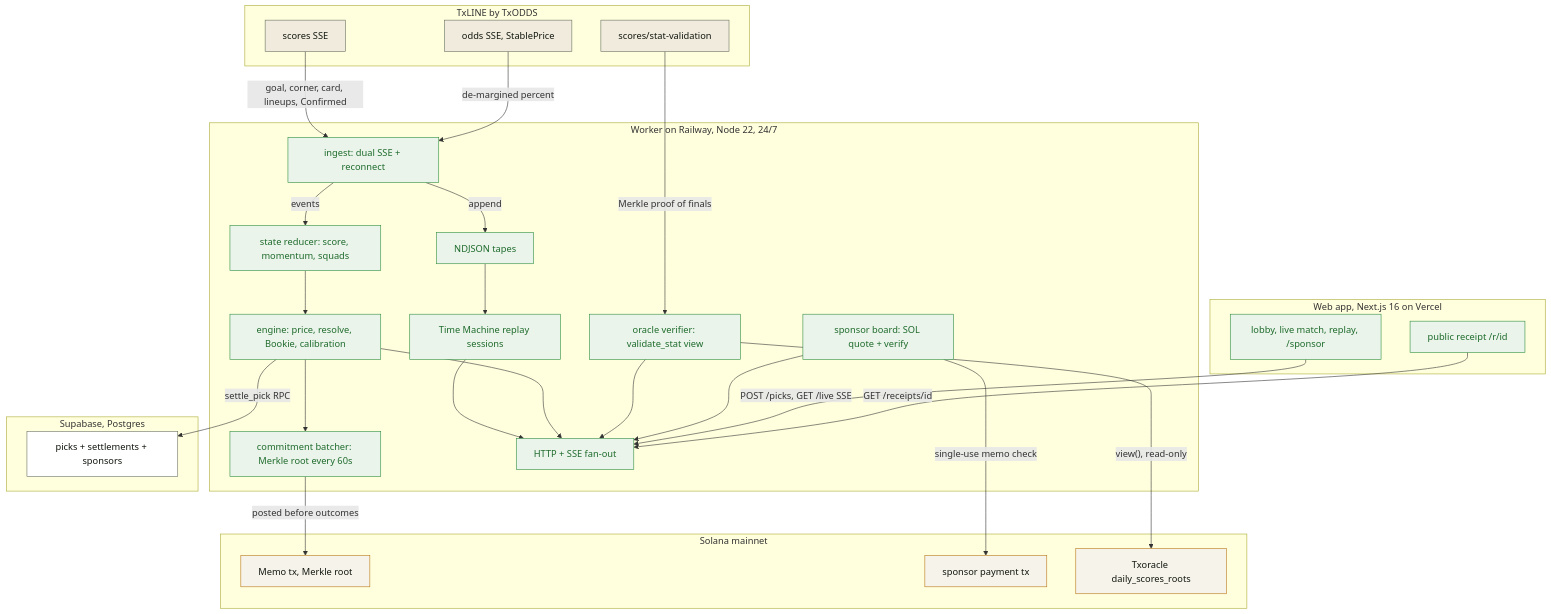
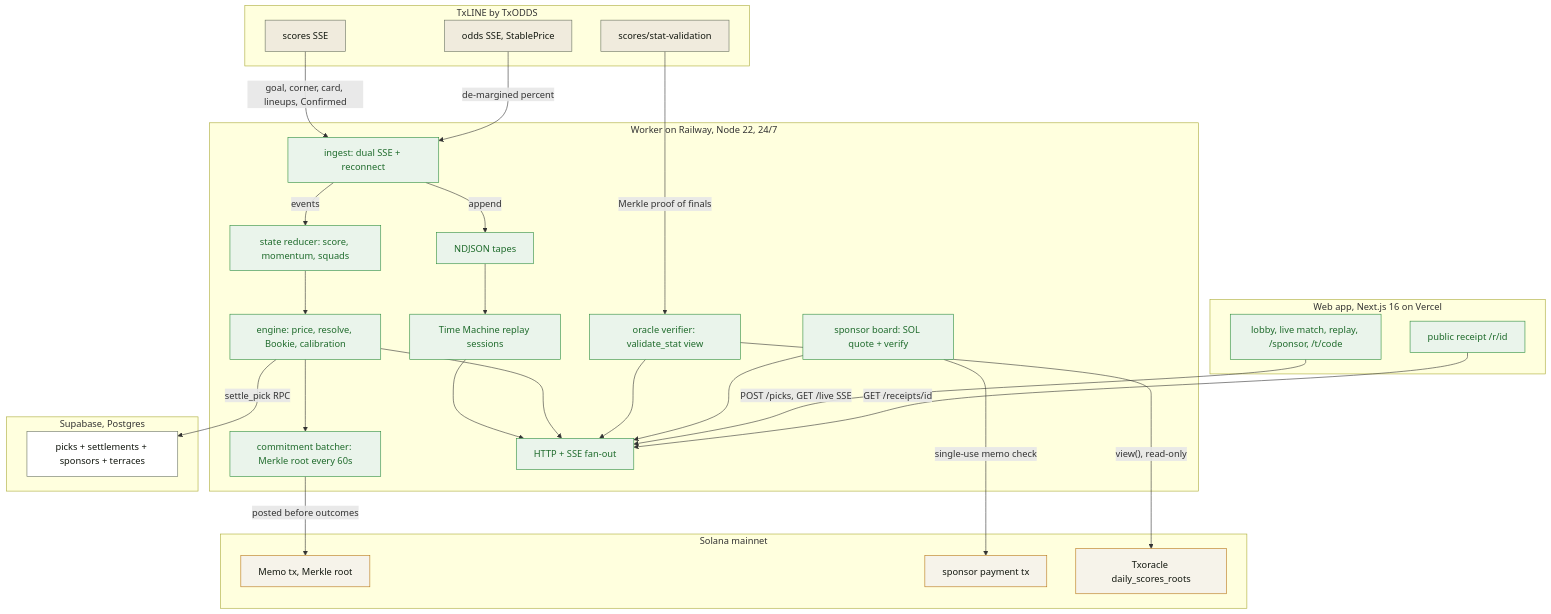
The diagram in README.md (Andy00L/called-it), drawn with Mermaid before and after one commit. The commit also changed other lines of this file and 5 other files, not shown here.

````diff
--- a/README.md
+++ b/README.md
@@ -90,57 +107,57 @@
 ```mermaid
 flowchart TD
     subgraph txline["TxLINE by TxODDS"]
         scores["scores SSE"]
         odds["odds SSE, StablePrice"]
         statval["scores/stat-validation"]
     end
     subgraph worker["Worker on Railway, Node 22, 24/7"]
         ingest["ingest: dual SSE + reconnect"]
         state["state reducer: score, momentum, squads"]
         engine["engine: price, resolve, Bookie, calibration"]
         commit["commitment batcher: Merkle root every 60s"]
         verify["oracle verifier: validate_stat view"]
         sponsors["sponsor board: SOL quote + verify"]
         tapes["NDJSON tapes"]
         replay["Time Machine replay sessions"]
         fanout["HTTP + SSE fan-out"]
         ingest -->|"events"| state
         state --> engine
         ingest -->|"append"| tapes
         tapes --> replay
         replay --> fanout
         engine --> fanout
         engine --> commit
         verify --> fanout
         sponsors --> fanout
     end
     subgraph db["Supabase, Postgres"]
-        picks["picks + settlements + sponsors"]
+        picks["picks + settlements + sponsors + terraces"]
     end
     subgraph web["Web app, Next.js 16 on Vercel"]
-        lobby["lobby, live match, replay, /sponsor"]
+        lobby["lobby, live match, replay, /sponsor, /t/code"]
         receipt["public receipt /r/id"]
     end
     subgraph solana["Solana mainnet"]
         memo["Memo tx, Merkle root"]
         pay["sponsor payment tx"]
         txoracle["Txoracle daily_scores_roots"]
     end
     scores -->|"goal, corner, card, lineups, Confirmed"| ingest
     odds -->|"de-margined percent"| ingest
     engine -->|"settle_pick RPC"| picks
     commit -->|"posted before outcomes"| memo
     sponsors -->|"single-use memo check"| pay
     statval -->|"Merkle proof of finals"| verify
     verify -->|"view(), read-only"| txoracle
     lobby -->|"POST /picks, GET /live SSE"| fanout
     receipt -->|"GET /receipts/id"| fanout
     classDef feed fill:#F0EBDD,stroke:#67705F,color:#12170F
     classDef svc fill:#EAF4EB,stroke:#2C8C3C,color:#1F6B2C
     classDef store fill:#FFFFFF,stroke:#67705F,color:#12170F
     classDef chain fill:#F6F3EA,stroke:#B87514,color:#12170F
     class scores,odds,statval feed
     class ingest,state,engine,commit,verify,sponsors,tapes,replay,fanout,lobby,receipt svc
     class picks store
     class memo,pay,txoracle chain
 ```
````
